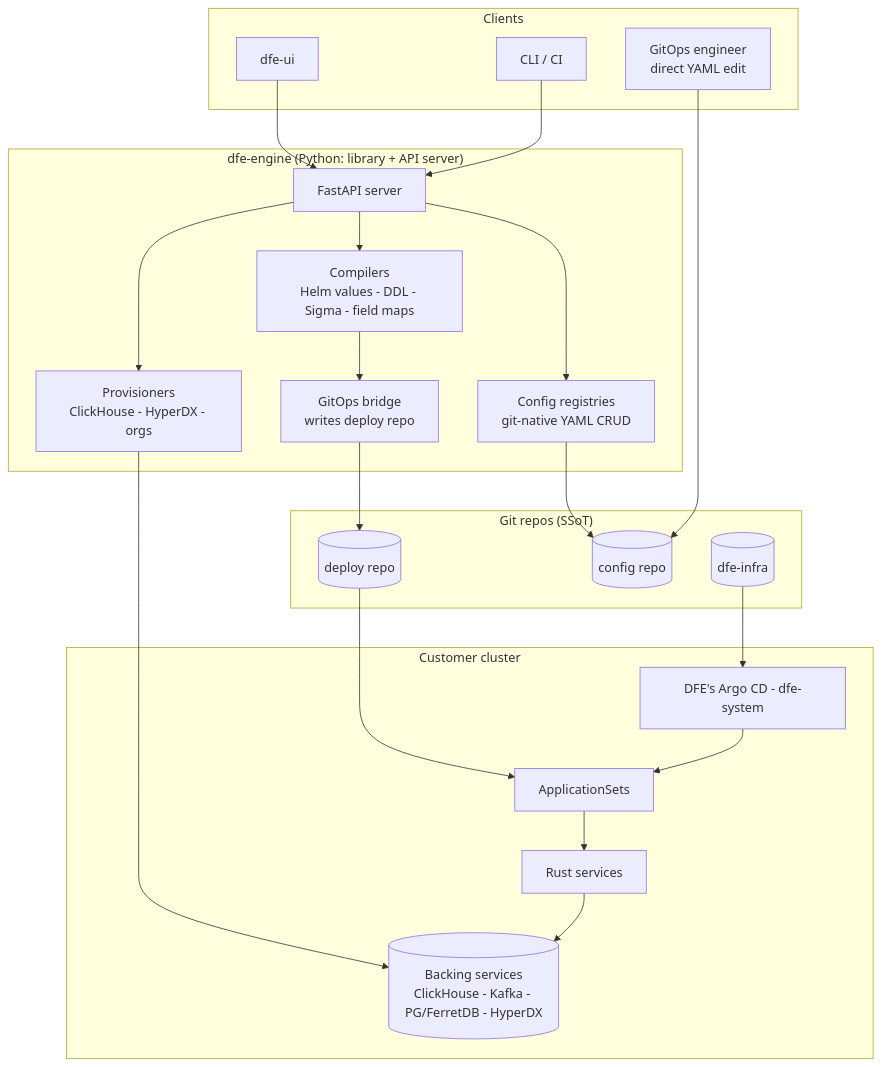
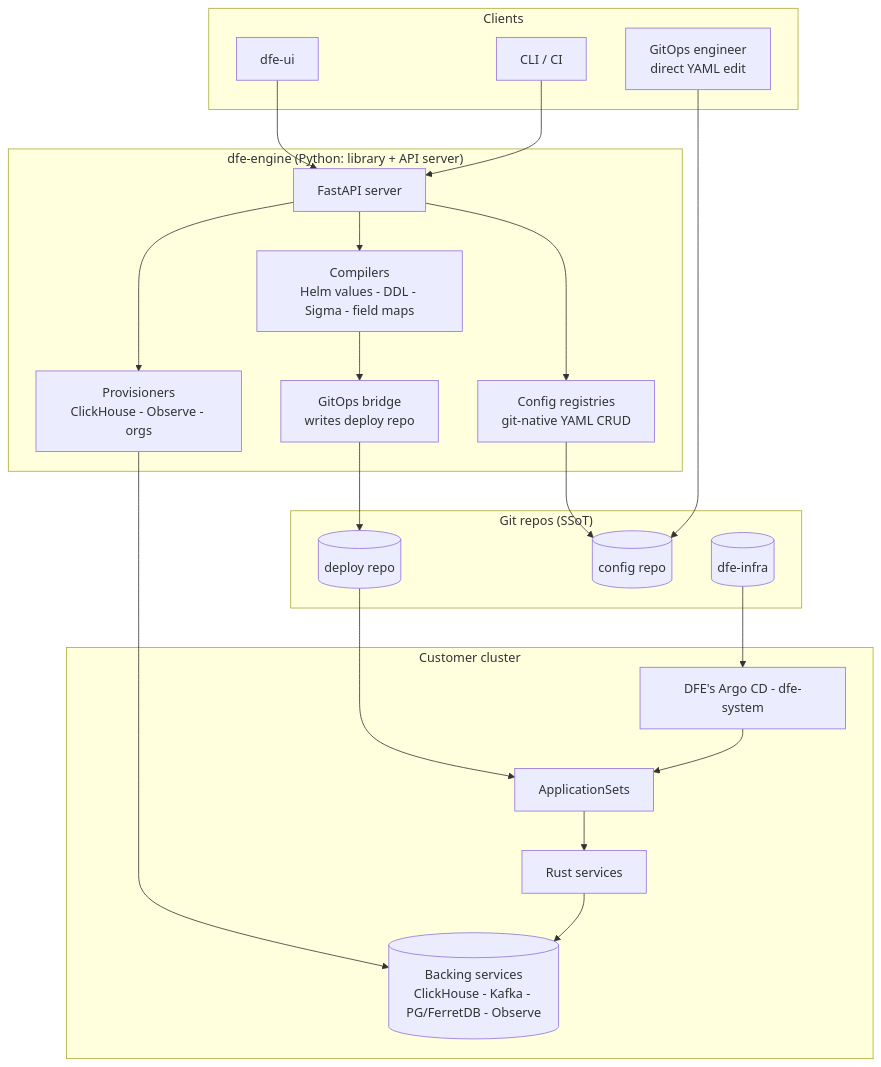
Before and after one commit to hyperi-io/dfe-engine: the fifth of 6 diagrams in docs/architecture.md, drawn with Mermaid. The commit also changed other lines of this file and 27 other files, not shown here.

````diff
--- a/docs/architecture.md
+++ b/docs/architecture.md
@@ -129,36 +129,36 @@
 ```mermaid
 flowchart TB
     subgraph clients["Clients"]
         CUI[dfe-ui]
         CCLI[CLI / CI]
         GITENG[GitOps engineer<br/>direct YAML edit]
     end
     subgraph engine["dfe-engine (Python: library + API server)"]
         API[FastAPI server]
         REG[Config registries<br/>git-native YAML CRUD]
         COMP[Compilers<br/>Helm values - DDL - Sigma - field maps]
         BRIDGE[GitOps bridge<br/>writes deploy repo]
-        PROV[Provisioners<br/>ClickHouse - HyperDX - orgs]
+        PROV[Provisioners<br/>ClickHouse - Observe - orgs]
     end
     subgraph repos["Git repos (SSoT)"]
         CONFIG[(config repo)]
         DEPLOY[(deploy repo)]
         INFRA[(dfe-infra)]
     end
     subgraph cluster["Customer cluster"]
         ARGO2[DFE's Argo CD - dfe-system]
         APPSETS[ApplicationSets]
         RUST[Rust services]
-        SUB[(Backing services<br/>ClickHouse - Kafka - PG/FerretDB - HyperDX)]
+        SUB[(Backing services<br/>ClickHouse - Kafka - PG/FerretDB - Observe)]
     end
     CUI --> API
     CCLI --> API
     GITENG --> CONFIG
     API --> REG --> CONFIG
     API --> COMP --> BRIDGE --> DEPLOY
     API --> PROV --> SUB
     INFRA --> ARGO2 --> APPSETS
     DEPLOY --> APPSETS
     APPSETS --> RUST
     RUST --> SUB
 ```
````
